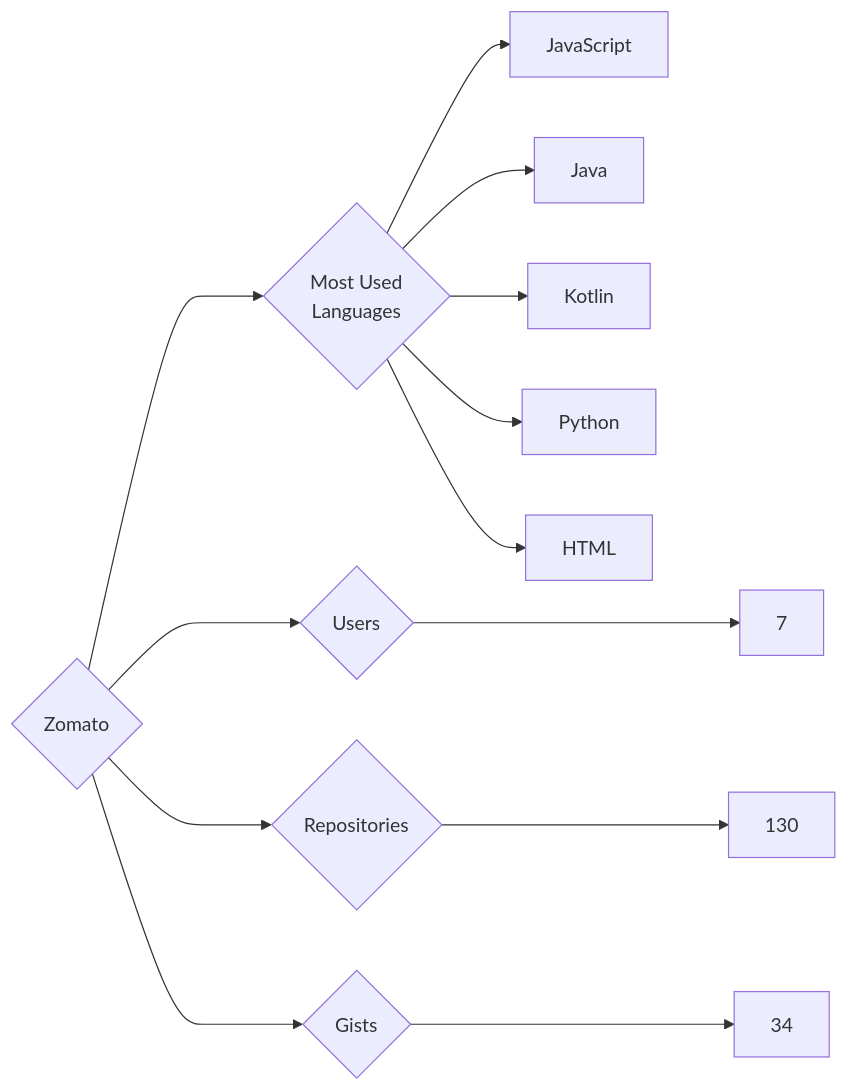
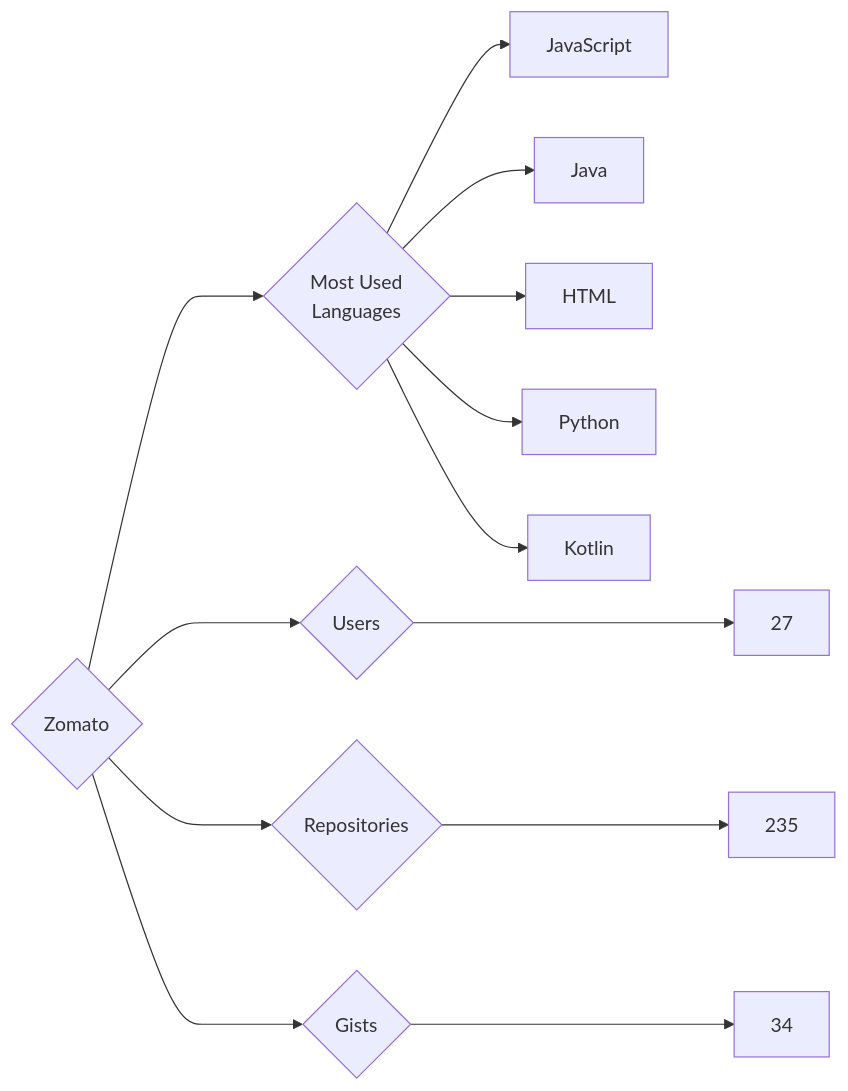
The diagram in targets/Zomato/README.md (trickest/insiders), drawn with Mermaid before and after one commit. The commit also changed 823 other files, not shown here.

````diff
--- a/targets/Zomato/README.md
+++ b/targets/Zomato/README.md
@@ -3,13 +3,13 @@
 ```mermaid
 graph LR
 COMPANY_NAME{Zomato}
-COMPANY_NAME ---> U{Users} ---> UN[7]
-COMPANY_NAME ---> R{Repositories} ---> RN[130]
+COMPANY_NAME ---> U{Users} ---> UN[27]
+COMPANY_NAME ---> R{Repositories} ---> RN[235]
 COMPANY_NAME ---> G{Gists} ---> GN[34]
 COMPANY_NAME ---> ML{Most Used<br>Languages}
 ML --> JavaScript[JavaScript]
 ML --> Java[Java]
+ML --> HTML[HTML]
+ML --> Python[Python]
 ML --> Kotlin[Kotlin]
-ML --> Python[Python]
-ML --> HTML[HTML]
 ```
````
